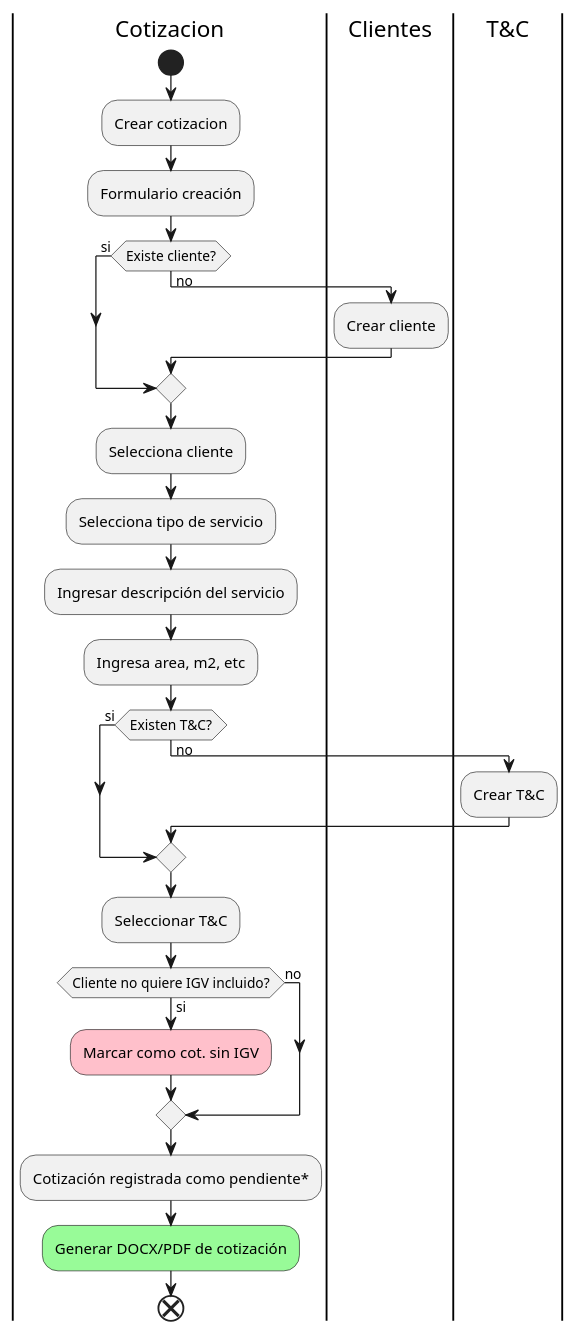
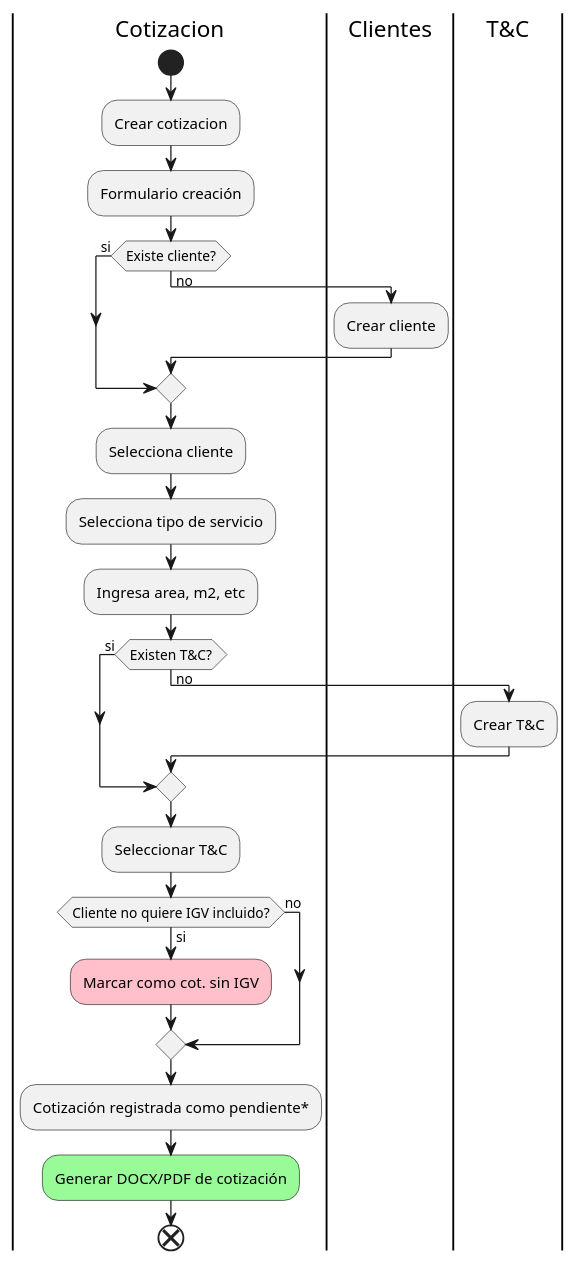
The second of 4 diagrams in docs/src/content/docs/docs/cotizacion.mdx (digitales-2024/perucontrol), drawn with PlantUML before and after one commit. The commit also changed other lines of this file and 12 other files, not shown here.

```diff
--- a/docs/src/content/docs/docs/cotizacion.mdx
+++ b/docs/src/content/docs/docs/cotizacion.mdx
@@ -10,38 +37,37 @@
 @startuml
 |Cotizacion|
 start
 
 :Crear cotizacion;
 :Formulario creación;
 
 if (Existe cliente?) then (si)
 else (no)
 	|Clientes|
 	:Crear cliente;
 endif
 
 |Cotizacion|
 :Selecciona cliente;
 :Selecciona tipo de servicio;
-:Ingresar descripción del servicio;
 :Ingresa area, m2, etc;
 
 if (Existen T&C?) then (si)
 else (no)
 	|T&C|
 	:Crear T&C;
 endif
 
 |Cotizacion|
 :Seleccionar T&C;
 
 if (Cliente no quiere IGV incluido?) then (si)
 	#pink:Marcar como cot. sin IGV;
 else (no)
 endif
 
 :Cotización registrada como pendiente*;
 #palegreen:Generar DOCX/PDF de cotización;
 
 end
 @enduml
```
